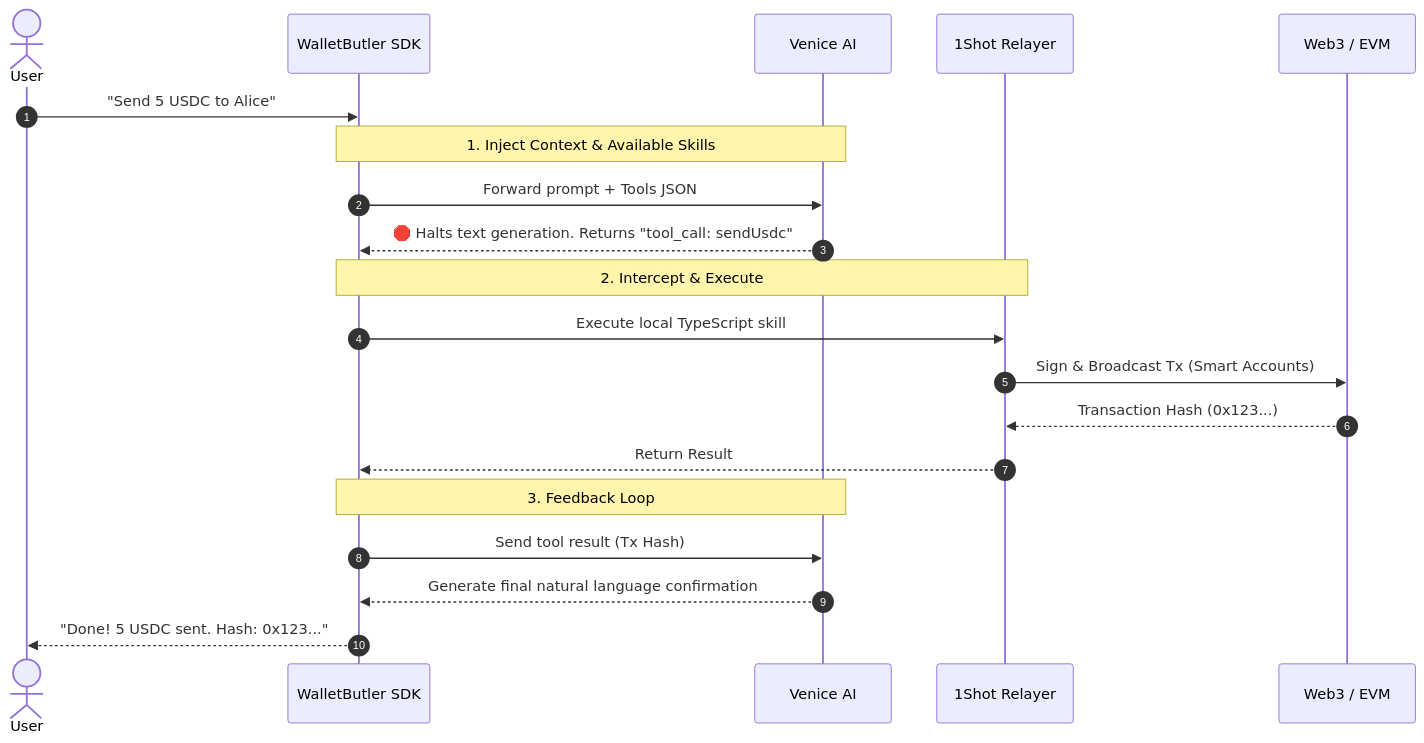
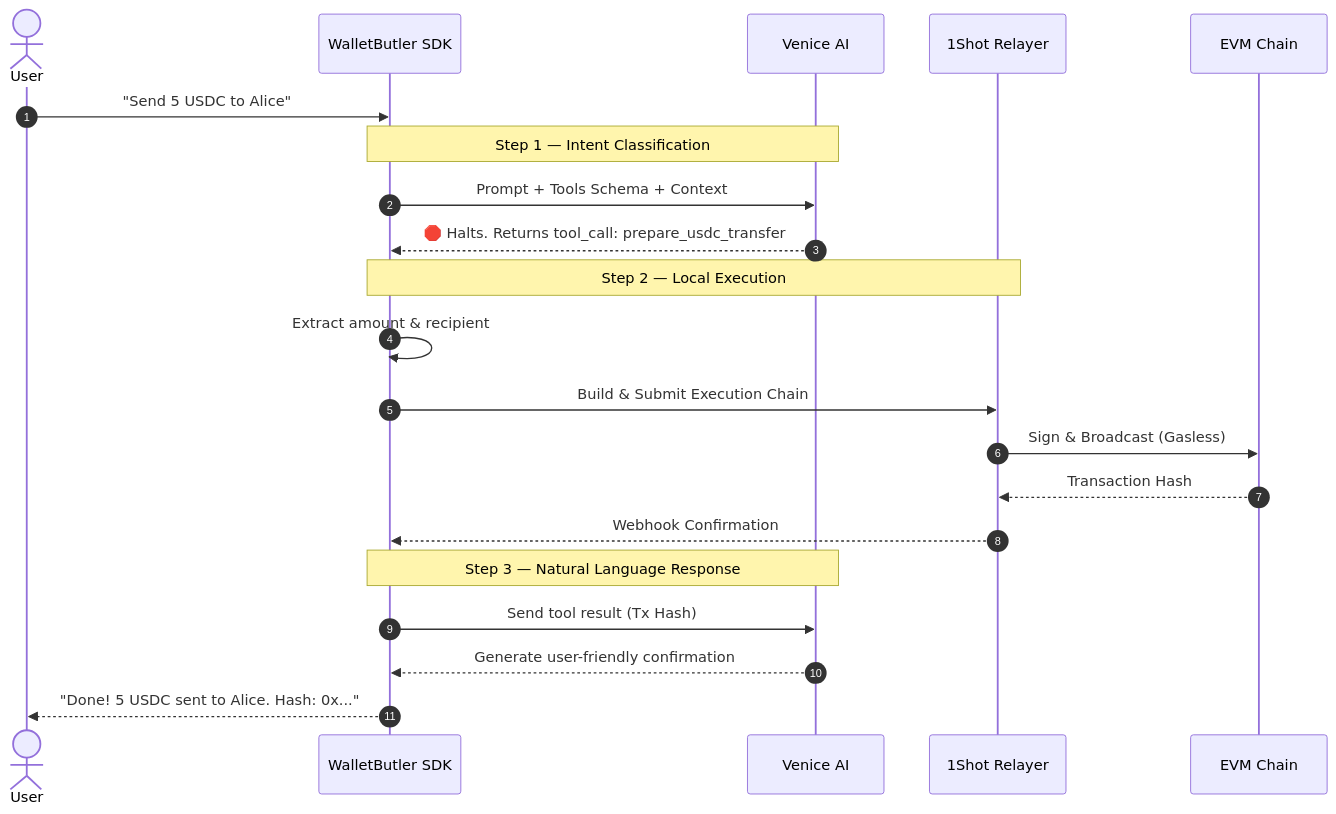
The third of 3 diagrams in README.md (JaDi03/walletbutler-sdk), drawn with Mermaid before and after one commit. The commit also changed other lines of this file and 1 other file, not shown here.

````diff
--- a/README.md
+++ b/README.md
@@ -128,23 +226,26 @@
 ```mermaid
 sequenceDiagram
     autonumber
     actor User
     participant SDK as WalletButler SDK
     participant Venice as Venice AI
-    participant Execution as 1Shot Relayer
-    participant Blockchain as Web3 / EVM
+    participant Relayer as 1Shot Relayer
+    participant Blockchain as EVM Chain
 
     User->>SDK: "Send 5 USDC to Alice"
-    Note over SDK,Venice: 1. Inject Context & Available Skills
-    SDK->>Venice: Forward prompt + Tools JSON
-    Venice-->>SDK: 🛑 Halts text generation. Returns "tool_call: sendUsdc"
-    Note over SDK,Execution: 2. Intercept & Execute
-    SDK->>Execution: Execute local TypeScript skill
-    Execution->>Blockchain: Sign & Broadcast Tx (Smart Accounts)
-    Blockchain-->>Execution: Transaction Hash (0x123...)
-    Execution-->>SDK: Return Result
-    Note over SDK,Venice: 3. Feedback Loop
+    Note over SDK,Venice: Step 1 — Intent Classification
+    SDK->>Venice: Prompt + Tools Schema + Context
+    Venice-->>SDK: 🛑 Halts. Returns tool_call: prepare_usdc_transfer
+
+    Note over SDK,Relayer: Step 2 — Local Execution
+    SDK->>SDK: Extract amount & recipient
+    SDK->>Relayer: Build & Submit Execution Chain
+    Relayer->>Blockchain: Sign & Broadcast (Gasless)
+    Blockchain-->>Relayer: Transaction Hash
+    Relayer-->>SDK: Webhook Confirmation
+
+    Note over SDK,Venice: Step 3 — Natural Language Response
     SDK->>Venice: Send tool result (Tx Hash)
-    Venice-->>SDK: Generate final natural language confirmation
-    SDK-->>User: "Done! 5 USDC sent. Hash: 0x123..."
+    Venice-->>SDK: Generate user-friendly confirmation
+    SDK-->>User: "Done! 5 USDC sent to Alice. Hash: 0x..."
 ```
````
